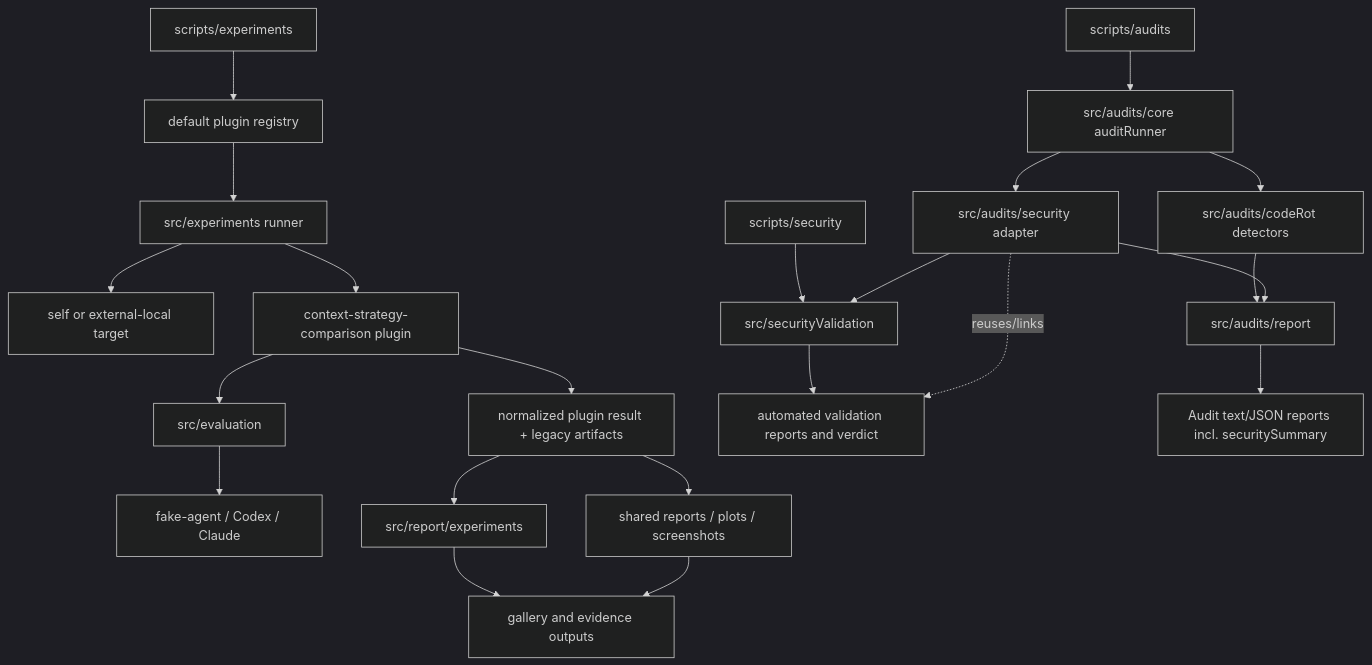
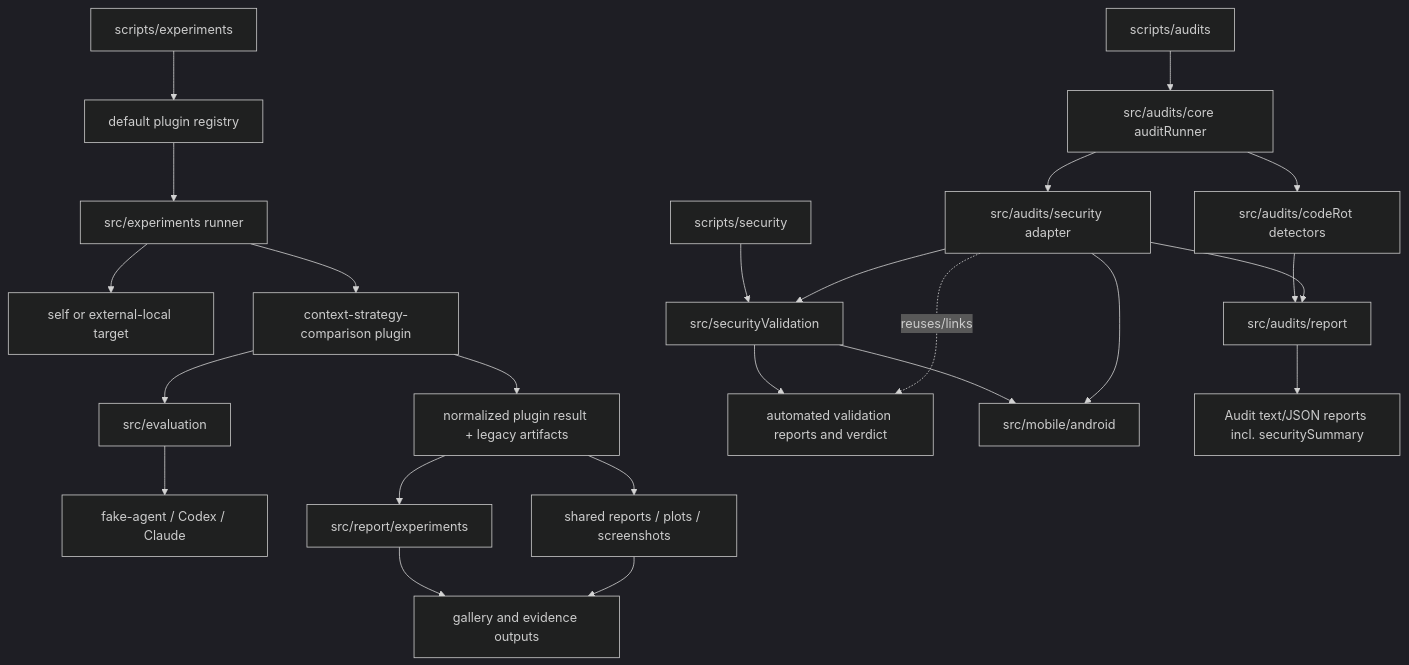
Before and after one commit to dailephd/my-dev-kit-lab: the first of 4 diagrams in docs/ARCHITECTURE.md, drawn with Mermaid (dark theme). The commit also changed other lines of this file and 5 other files, not shown here.

````diff
--- a/docs/ARCHITECTURE.md
+++ b/docs/ARCHITECTURE.md
@@ -58,26 +59,28 @@
 ```mermaid
 flowchart TD
   CLI[scripts/experiments] --> Registry[default plugin registry]
   Registry --> Runner[src/experiments runner]
   Runner --> Target[self or external-local target]
   Runner --> Plugin[context-strategy-comparison plugin]
   Plugin --> Evaluation[src/evaluation]
   Evaluation --> Agents[fake-agent / Codex / Claude]
   Plugin --> Results[normalized plugin result + legacy artifacts]
   Results --> PluginReports[src/report/experiments]
   Results --> SharedReports[shared reports / plots / screenshots]
   PluginReports --> Gallery[gallery and evidence outputs]
   SharedReports --> Gallery
 
   SecurityCLI[scripts/security] --> Security[src/securityValidation]
   Security --> SecurityReports[automated validation reports and verdict]
+  Security --> Android[src/mobile/android]
 
   AuditCLI[scripts/audits] --> AuditRunner[src/audits/core auditRunner]
   AuditRunner --> CodeRotDetectors[src/audits/codeRot detectors]
   AuditRunner --> SecurityAdapter[src/audits/security adapter]
   SecurityAdapter --> Security
+  SecurityAdapter --> Android
   CodeRotDetectors --> AuditReportModel[src/audits/report]
   SecurityAdapter --> AuditReportModel
   AuditReportModel --> AuditReports[Audit text/JSON reports incl. securitySummary]
   SecurityAdapter -.reuses/links.-> SecurityReports
 ```
````
